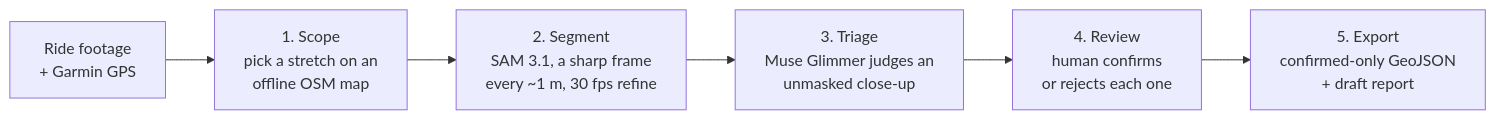
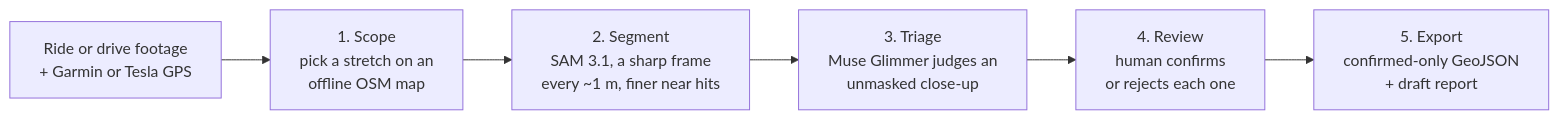
The diagram in README.md (pgodlews/RoadLens), drawn with Mermaid before and after one commit. The commit also changed other lines of this file and 35 other files, not shown here.

````diff
--- a/README.md
+++ b/README.md
@@ -17,8 +17,8 @@
 ```mermaid
 flowchart LR
-  A["Ride footage<br/>+ Garmin GPS"] --> B["1. Scope<br/>pick a stretch on an<br/>offline OSM map"]
-  B --> C["2. Segment<br/>SAM 3.1, a sharp frame<br/>every ~1 m, 30 fps refine"]
+  A["Ride or drive footage<br/>+ Garmin or Tesla GPS"] --> B["1. Scope<br/>pick a stretch on an<br/>offline OSM map"]
+  B --> C["2. Segment<br/>SAM 3.1, a sharp frame<br/>every ~1 m, finer near hits"]
   C --> D["3. Triage<br/>Muse Glimmer judges an<br/>unmasked close-up"]
   D --> E["4. Review<br/>human confirms<br/>or rejects each one"]
   E --> F["5. Export<br/>confirmed-only GeoJSON<br/>+ draft report"]
 ```
````
